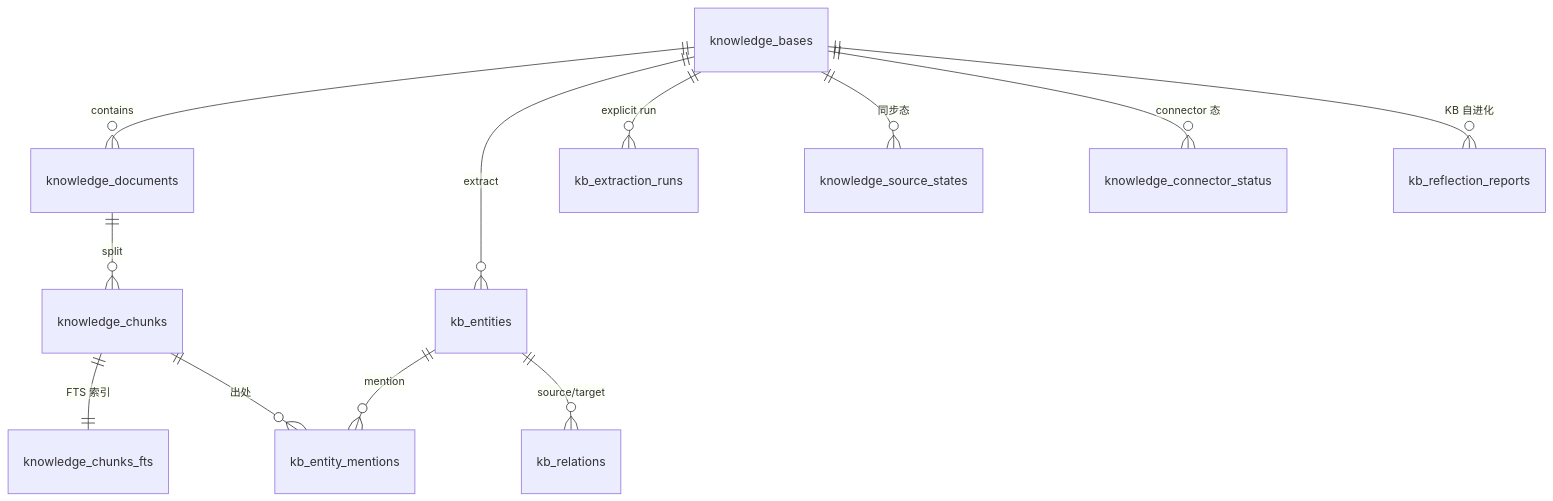
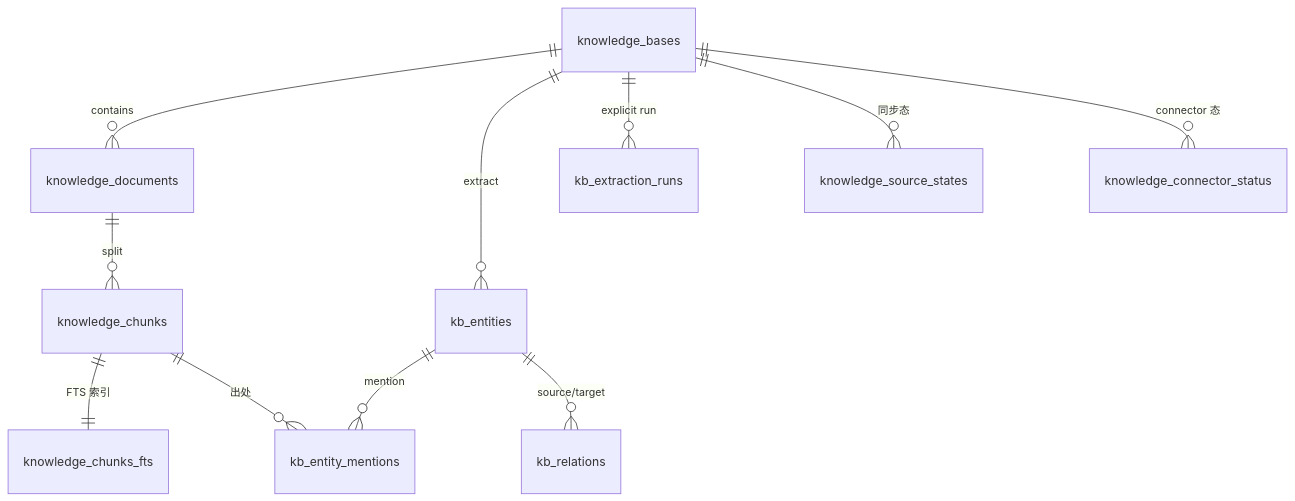
Before and after one commit to Summy2104/fleetent: the fourth of 4 diagrams in docs/architecture/data-model.md, drawn with Mermaid. The commit also changed other lines of this file and 46 other files, not shown here.

````diff
--- a/docs/architecture/data-model.md
+++ b/docs/architecture/data-model.md
@@ -186,14 +186,13 @@
 ```mermaid
 erDiagram
   knowledge_bases ||--o{ knowledge_documents : "contains"
   knowledge_documents ||--o{ knowledge_chunks : "split"
   knowledge_chunks ||--|| knowledge_chunks_fts : "FTS 索引"
   knowledge_bases ||--o{ kb_entities : "extract"
   kb_entities ||--o{ kb_entity_mentions : "mention"
   knowledge_chunks ||--o{ kb_entity_mentions : "出处"
   kb_entities ||--o{ kb_relations : "source/target"
   knowledge_bases ||--o{ kb_extraction_runs : "explicit run"
   knowledge_bases ||--o{ knowledge_source_states : "同步态"
   knowledge_bases ||--o{ knowledge_connector_status : "connector 态"
-  knowledge_bases ||--o{ kb_reflection_reports : "KB 自进化"
 ```
````
